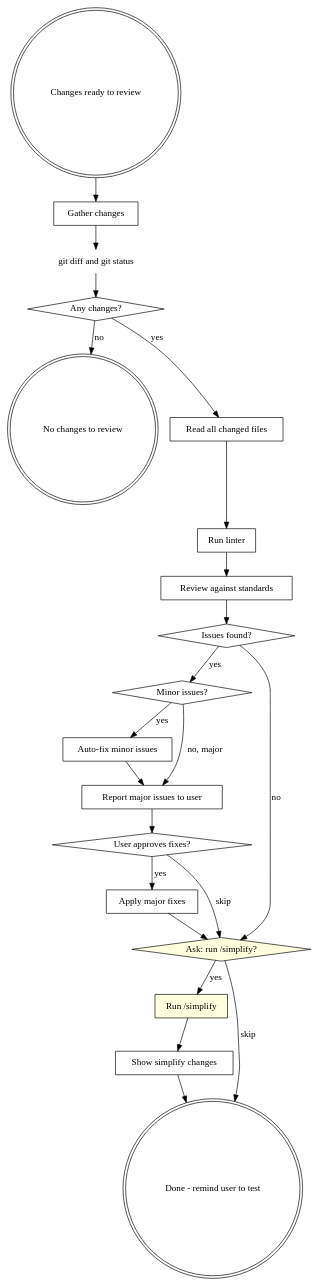
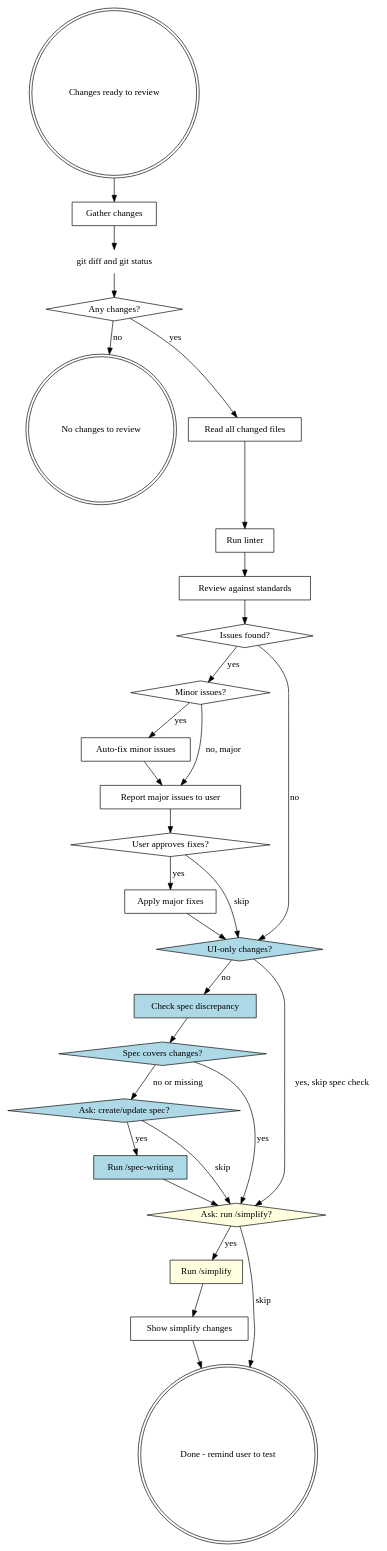
One commit to pandaworks-software-plt/pandahrms-skills changed the diagram in skills/code-review/SKILL.md. Above: the diagram before and after it, drawn with Graphviz. The commit also changed other lines of this file and 1 other file, not shown here.

First line of the commit message:
feat(code-review): add spec discrepancy check phase

````diff
--- a/skills/code-review/SKILL.md
+++ b/skills/code-review/SKILL.md
@@ -20,44 +20,57 @@
 ```dot
 digraph code_review {
     "Changes ready to review" [shape=doublecircle];
     "Gather changes" [shape=box];
     "git diff and git status" [shape=plaintext];
     "Any changes?" [shape=diamond];
     "No changes to review" [shape=doublecircle];
     "Read all changed files" [shape=box];
     "Run linter" [shape=box];
     "Review against standards" [shape=box];
     "Issues found?" [shape=diamond];
     "Minor issues?" [shape=diamond];
     "Auto-fix minor issues" [shape=box];
     "Report major issues to user" [shape=box];
     "User approves fixes?" [shape=diamond];
     "Apply major fixes" [shape=box];
+    "UI-only changes?" [shape=diamond, style=filled, fillcolor=lightblue];
+    "Check spec discrepancy" [shape=box, style=filled, fillcolor=lightblue];
+    "Spec covers changes?" [shape=diamond, style=filled, fillcolor=lightblue];
+    "Ask: create/update spec?" [shape=diamond, style=filled, fillcolor=lightblue];
+    "Run /spec-writing" [shape=box, style=filled, fillcolor=lightblue];
     "Ask: run /simplify?" [shape=diamond, style=filled, fillcolor=lightyellow];
     "Run /simplify" [shape=box, style=filled, fillcolor=lightyellow];
     "Show simplify changes" [shape=box];
     "Done - remind user to test" [shape=doublecircle];
 
     "Changes ready to review" -> "Gather changes";
     "Gather changes" -> "git diff and git status";
     "git diff and git status" -> "Any changes?";
     "Any changes?" -> "No changes to review" [label="no"];
     "Any changes?" -> "Read all changed files" [label="yes"];
     "Read all changed files" -> "Run linter";
     "Run linter" -> "Review against standards";
     "Review against standards" -> "Issues found?";
-    "Issues found?" -> "Ask: run /simplify?" [label="no"];
+    "Issues found?" -> "UI-only changes?" [label="no"];
     "Issues found?" -> "Minor issues?" [label="yes"];
     "Minor issues?" -> "Auto-fix minor issues" [label="yes"];
     "Minor issues?" -> "Report major issues to user" [label="no, major"];
     "Auto-fix minor issues" -> "Report major issues to user";
     "Report major issues to user" -> "User approves fixes?";
     "User approves fixes?" -> "Apply major fixes" [label="yes"];
-    "User approves fixes?" -> "Ask: run /simplify?" [label="skip"];
-    "Apply major fixes" -> "Ask: run /simplify?";
+    "User approves fixes?" -> "UI-only changes?" [label="skip"];
+    "Apply major fixes" -> "UI-only changes?";
+    "UI-only changes?" -> "Ask: run /simplify?" [label="yes, skip spec check"];
+    "UI-only changes?" -> "Check spec discrepancy" [label="no"];
+    "Check spec discrepancy" -> "Spec covers changes?";
+    "Spec covers changes?" -> "Ask: run /simplify?" [label="yes"];
+    "Spec covers changes?" -> "Ask: create/update spec?" [label="no or missing"];
+    "Ask: create/update spec?" -> "Run /spec-writing" [label="yes"];
+    "Ask: create/update spec?" -> "Ask: run /simplify?" [label="skip"];
+    "Run /spec-writing" -> "Ask: run /simplify?";
     "Ask: run /simplify?" -> "Run /simplify" [label="yes"];
     "Ask: run /simplify?" -> "Done - remind user to test" [label="skip"];
     "Run /simplify" -> "Show simplify changes";
     "Show simplify changes" -> "Done - remind user to test";
 }
 ```
````
